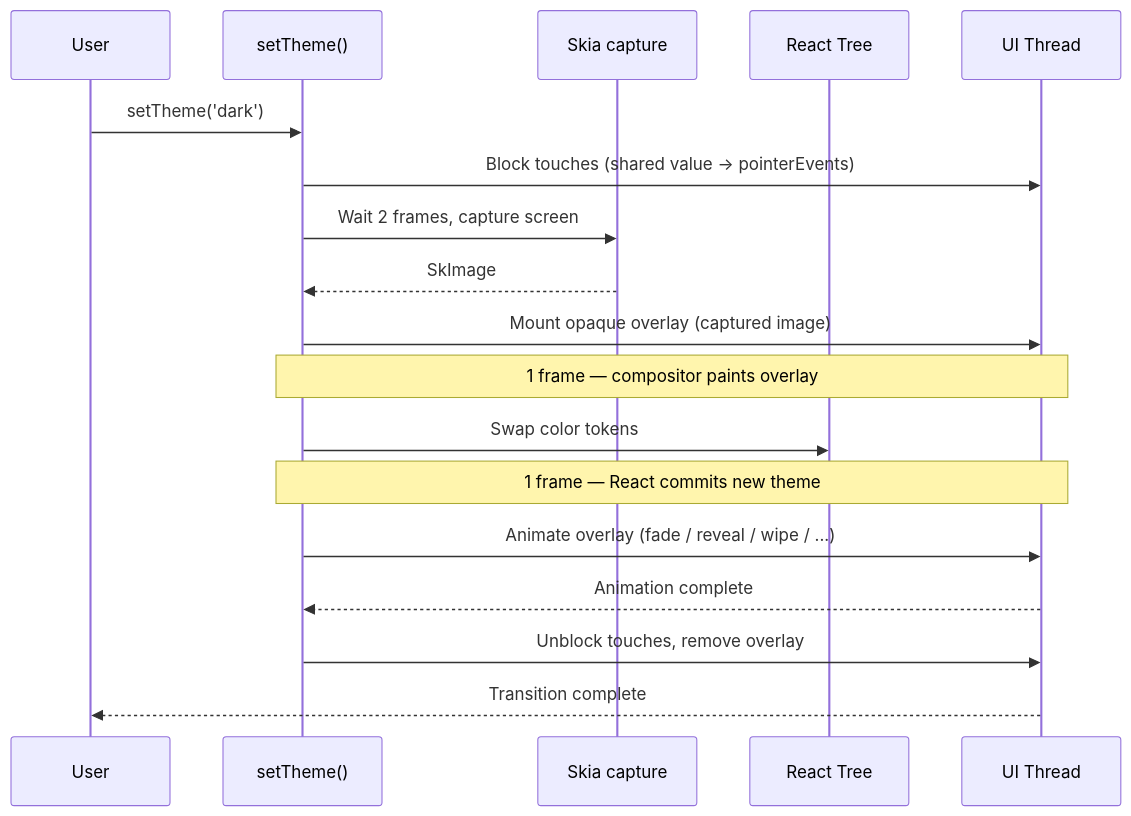
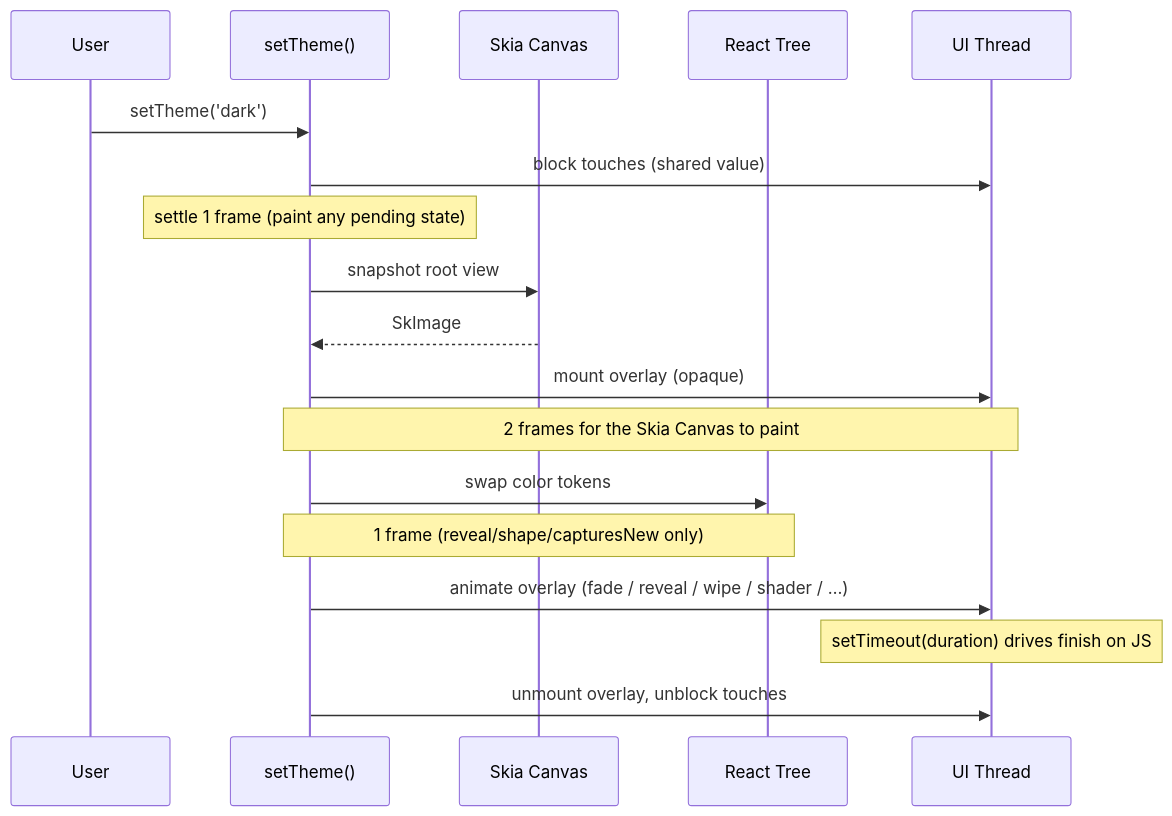
One commit to marioprieta/react-native-theme-transition changed the diagram in docs/content/docs/guides/how-it-works.mdx. Above: the diagram before and after it, drawn with Mermaid. The commit also changed other lines of this file and 51 other files, not shown here.

````diff
--- a/docs/content/docs/guides/how-it-works.mdx
+++ b/docs/content/docs/guides/how-it-works.mdx
@@ -14,21 +16,21 @@
 ```mermaid
 sequenceDiagram
     participant User
     participant Hook as setTheme()
-    participant Skia as Skia capture
-    participant React as React Tree
+    participant Skia as Skia Canvas
+    participant Tree as React Tree
     participant UI as UI Thread
 
     User->>Hook: setTheme('dark')
-    Hook->>UI: Block touches (shared value → pointerEvents)
-    Hook->>Skia: Wait 2 frames, capture screen
+    Hook->>UI: block touches (shared value)
+    Note over Hook: settle 1 frame (paint any pending state)
+    Hook->>Skia: snapshot root view
     Skia-->>Hook: SkImage
-    Hook->>UI: Mount opaque overlay (captured image)
-    Note over Hook,UI: 1 frame — compositor paints overlay
-    Hook->>React: Swap color tokens
-    Note over Hook,UI: 1 frame — React commits new theme
-    Hook->>UI: Animate overlay (fade / reveal / wipe / ...)
-    UI-->>Hook: Animation complete
-    Hook->>UI: Unblock touches, remove overlay
-    UI-->>User: Transition complete
+    Hook->>UI: mount overlay (opaque)
+    Note over Hook,UI: 2 frames for the Skia Canvas to paint
+    Hook->>Tree: swap color tokens
+    Note over Hook,Tree: 1 frame (reveal/shape/capturesNew only)
+    Hook->>UI: animate overlay (fade / reveal / wipe / shader / …)
+    Note over UI: setTimeout(duration) drives finish on JS
+    Hook->>UI: unmount overlay, unblock touches
 ```
````
